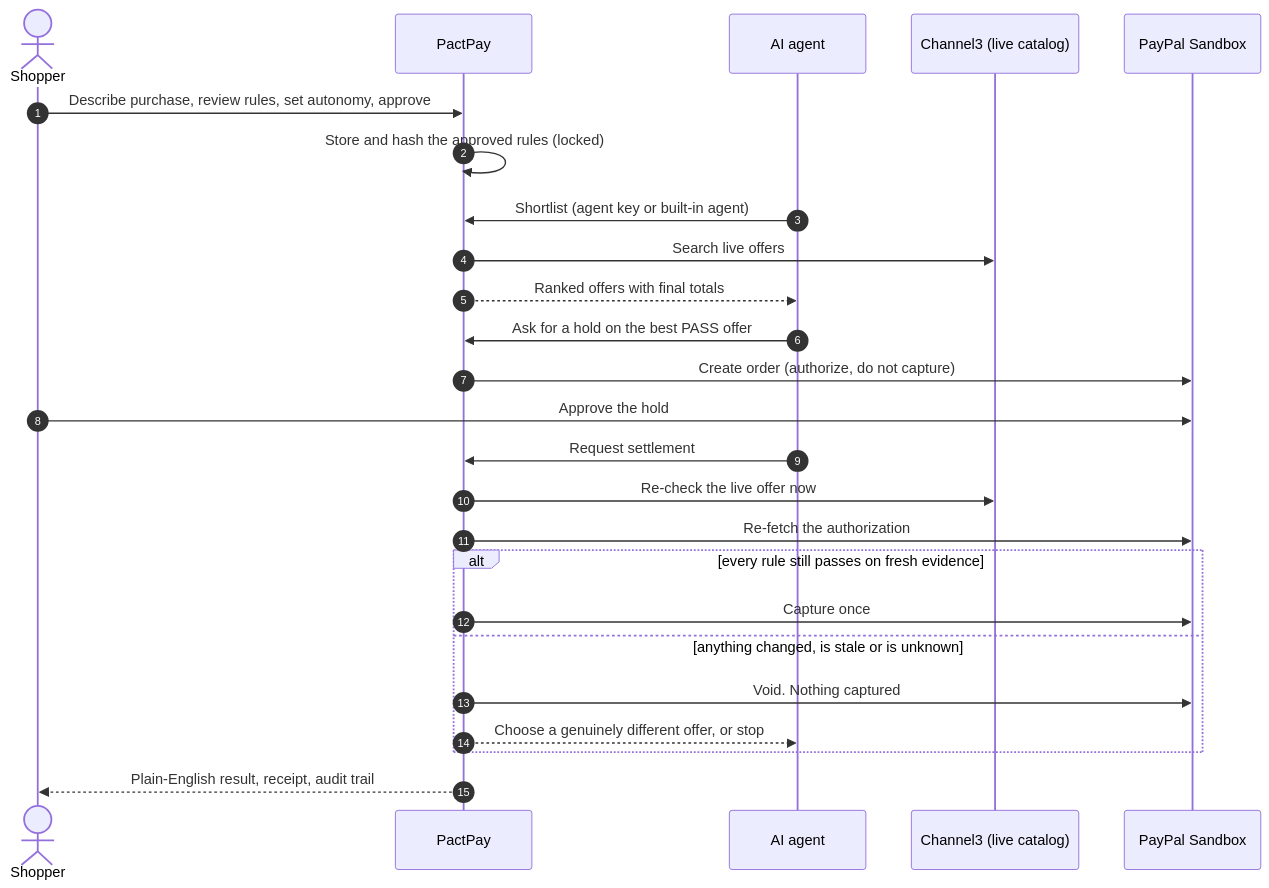
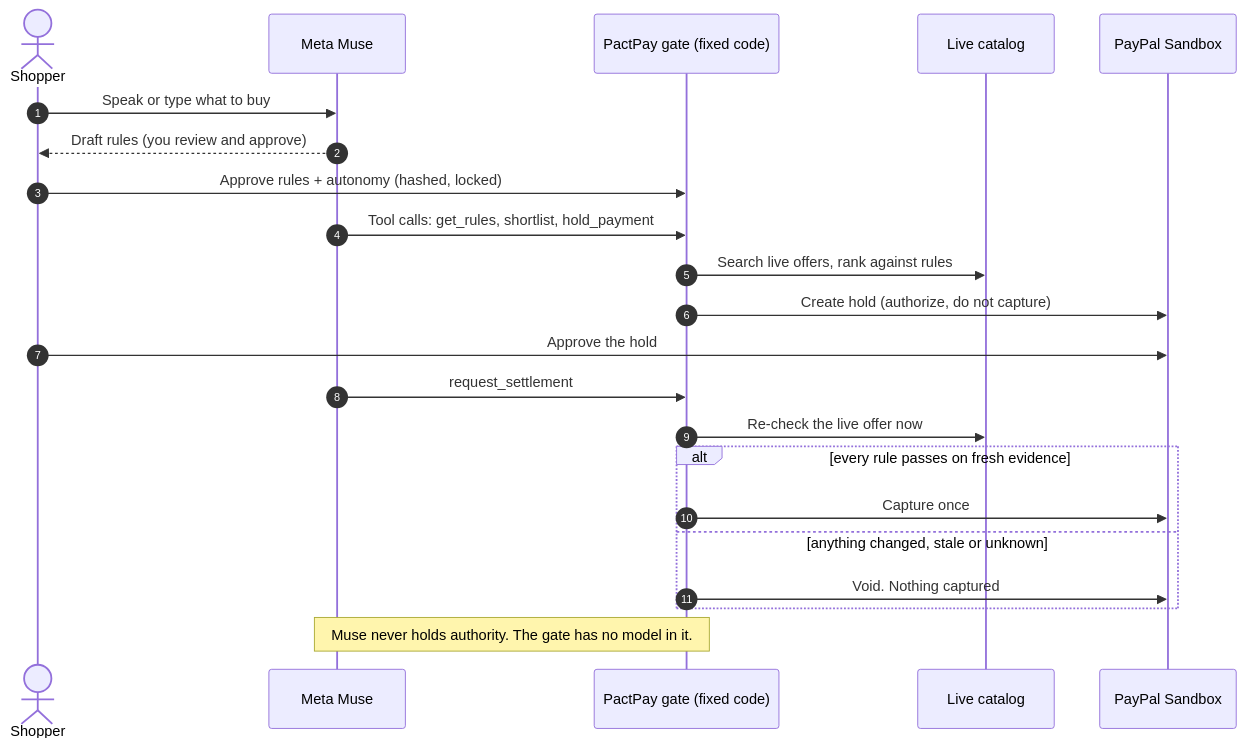
One commit to aditi75432/pactpay changed the diagram in README.md. Above: the diagram before and after it, drawn with Mermaid. The commit also changed other lines of this file, not shown here.

````diff
--- a/README.md
+++ b/README.md
@@ -38,27 +61,24 @@
 ```mermaid
 sequenceDiagram
     autonumber
     actor U as Shopper
-    participant P as PactPay
-    participant A as AI agent
-    participant C as Channel3 (live catalog)
+    participant M as Meta Muse
+    participant P as PactPay gate (fixed code)
+    participant C as Live catalog
     participant PP as PayPal Sandbox
-    U->>P: Describe purchase, review rules, set autonomy, approve
-    P->>P: Store and hash the approved rules (locked)
-    A->>P: Shortlist (agent key or built-in agent)
-    P->>C: Search live offers
-    P-->>A: Ranked offers with final totals
-    A->>P: Ask for a hold on the best PASS offer
-    P->>PP: Create order (authorize, do not capture)
+    U->>M: Speak or type what to buy
+    M-->>U: Draft rules (you review and approve)
+    U->>P: Approve rules + autonomy (hashed, locked)
+    M->>P: Tool calls: get_rules, shortlist, hold_payment
+    P->>C: Search live offers, rank against rules
+    P->>PP: Create hold (authorize, do not capture)
     U->>PP: Approve the hold
-    A->>P: Request settlement
+    M->>P: request_settlement
     P->>C: Re-check the live offer now
-    P->>PP: Re-fetch the authorization
-    alt every rule still passes on fresh evidence
+    alt every rule passes on fresh evidence
         P->>PP: Capture once
-    else anything changed, is stale or is unknown
+    else anything changed, stale or unknown
         P->>PP: Void. Nothing captured
-        P-->>A: Choose a genuinely different offer, or stop
     end
-    P-->>U: Plain-English result, receipt, audit trail
+    Note over M,P: Muse never holds authority. The gate has no model in it.
 ```
````
